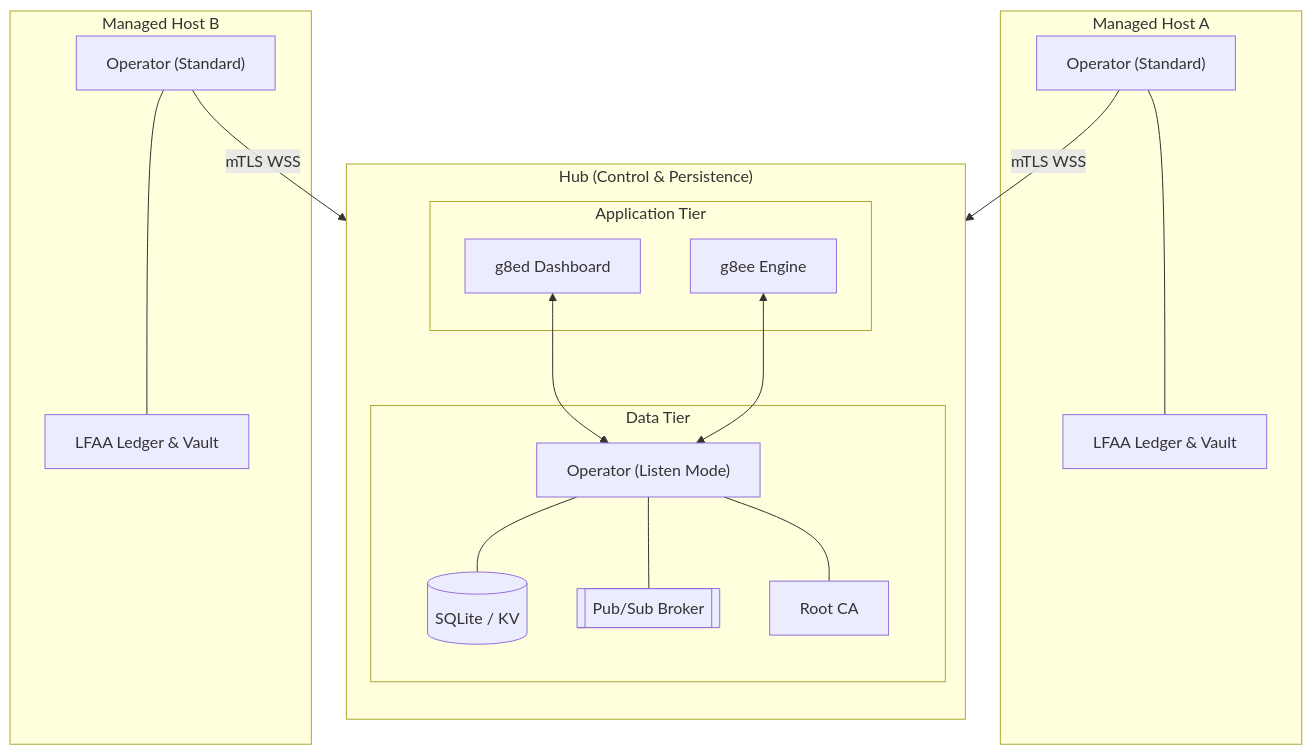
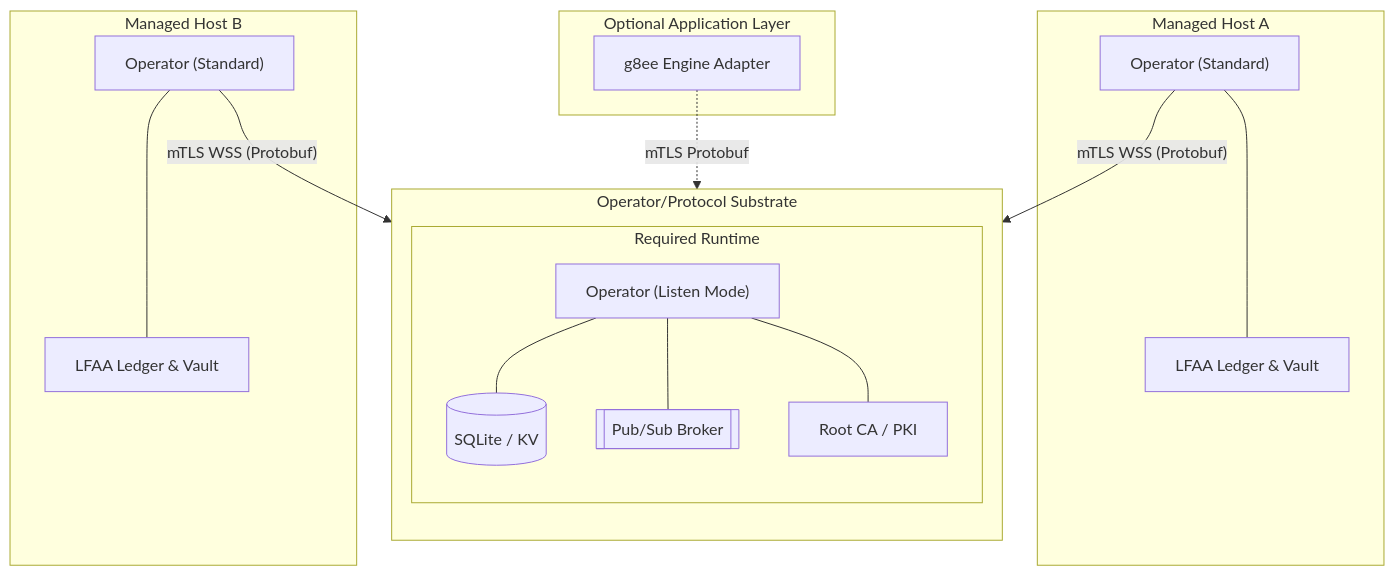
The diagram in docs/architecture/operator.md (g8e-ai/g8e), drawn with Mermaid before and after one commit. The commit also changed other lines of this file and 969 other files, not shown here.

````diff
--- a/docs/architecture/operator.md
+++ b/docs/architecture/operator.md
@@ -25,35 +29,33 @@
 ```mermaid
 flowchart TD
-    subgraph Hub ["Hub (Control & Persistence)"]
+    subgraph Hub ["Operator/Protocol Substrate"]
         direction TB
-        subgraph App ["Application Tier"]
-            g8ed["g8ed Dashboard"]
-            g8ee["g8ee Engine"]
-        end
-
-        subgraph Persistence ["Data Tier"]
+        subgraph Persistence ["Required Runtime"]
             listen["Operator (Listen Mode)"]
             db[("SQLite / KV")]
             ps[["Pub/Sub Broker"]]
-            ca["Root CA"]
+            ca["Root CA / PKI"]
             
             listen --- db
             listen --- ps
             listen --- ca
         end
+    end
 
-        g8ed <--> listen
-        g8ee <--> listen
+    subgraph Apps ["Optional Application Layer"]
+        g8ee["g8ee Engine Adapter"]
     end
+
+    g8ee -. "mTLS Protobuf" .-> listen
 
     subgraph EP_A ["Managed Host A"]
         OPA["Operator (Standard)"] --- LFAA_A["LFAA Ledger & Vault"]
     end
 
     subgraph EP_B ["Managed Host B"]
         OPB["Operator (Standard)"] --- LFAA_B["LFAA Ledger & Vault"]
     end
 
-    OPA -- "mTLS WSS" --> listen
-    OPB -- "mTLS WSS" --> listen
+    OPA -- "mTLS WSS (Protobuf)" --> listen
+    OPB -- "mTLS WSS (Protobuf)" --> listen
 ```
````
